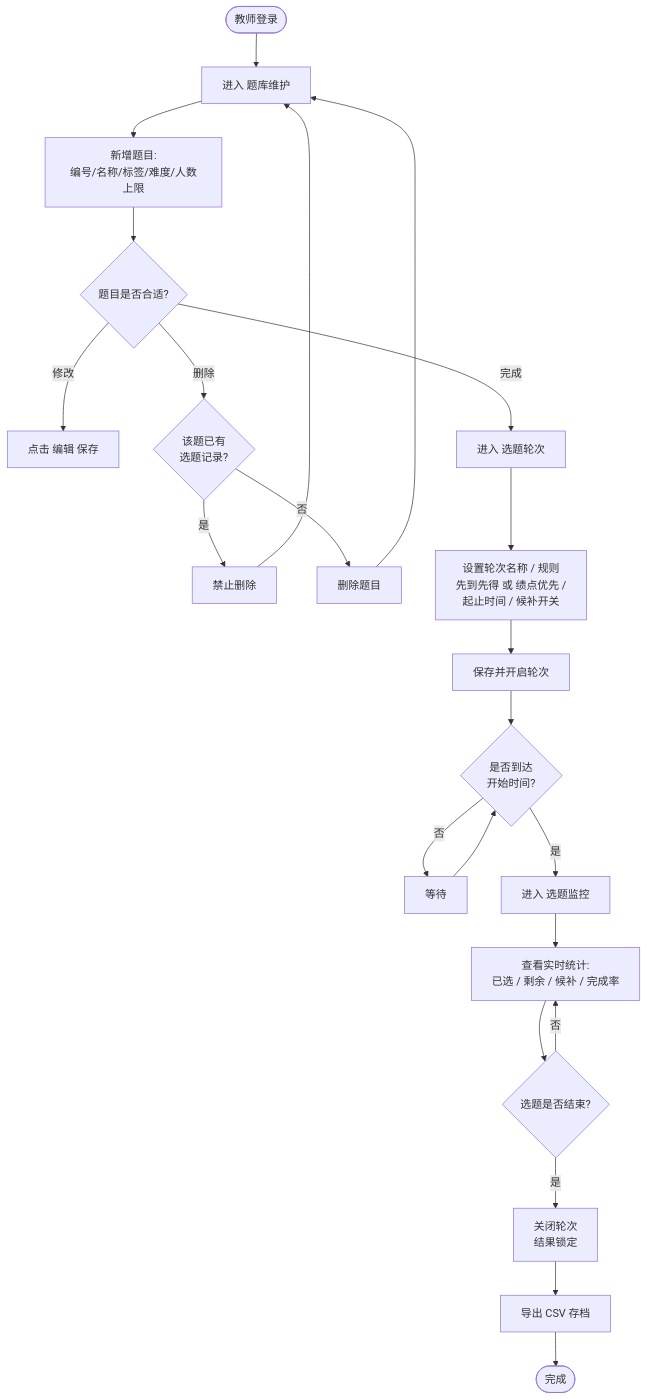
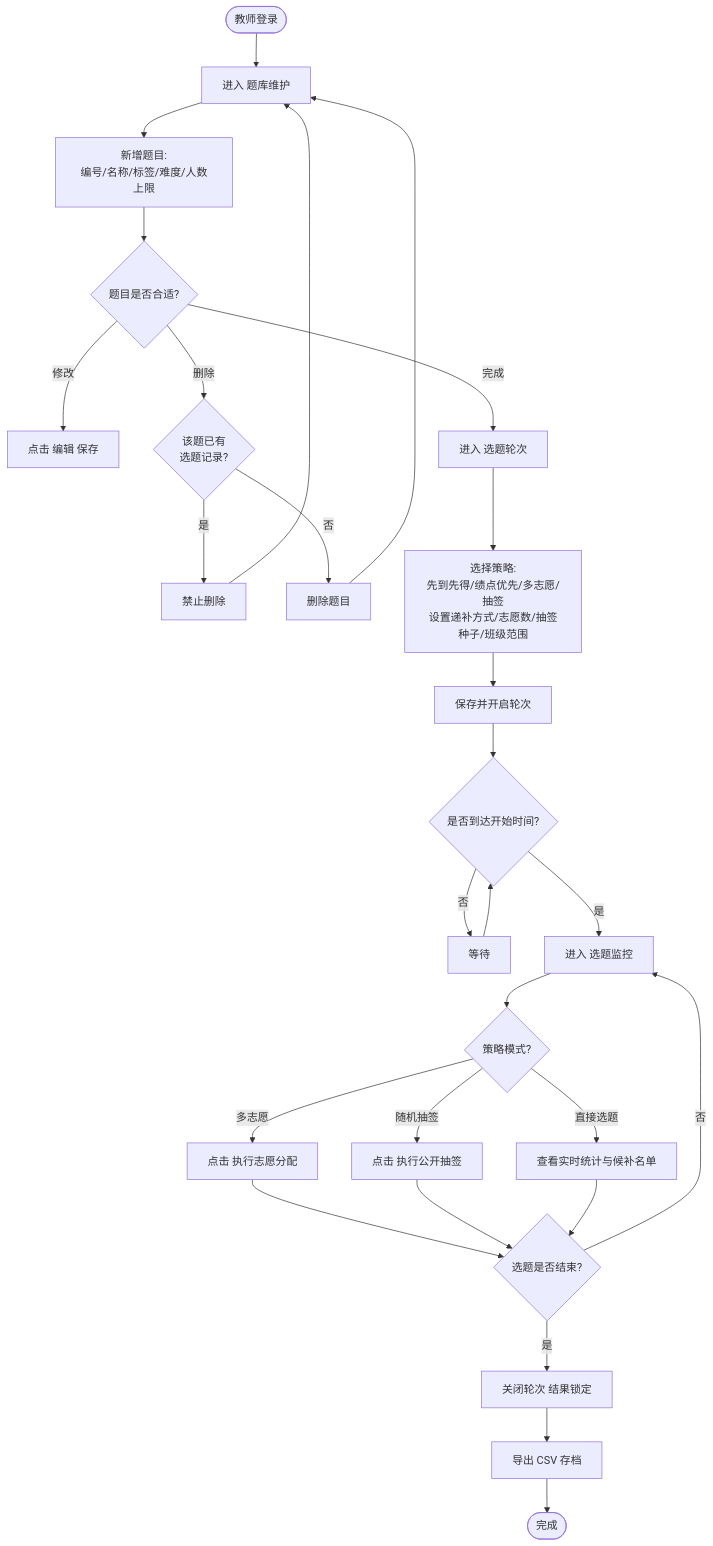
Before and after one commit to haixiaoyuntian/topicgo: the third of 5 diagrams in student-topic-system/wiki/06-使用流程.md, drawn with Mermaid. The commit also changed other lines of this file and 17 other files, not shown here.

````diff
--- a/student-topic-system/wiki/06-使用流程.md
+++ b/student-topic-system/wiki/06-使用流程.md
@@ -54,21 +73,26 @@
 ```mermaid
 flowchart TD
     T1([教师登录]) --> T2[进入 题库维护]
     T2 --> T3[新增题目:<br/>编号/名称/标签/难度/人数上限]
     T3 --> T4{题目是否合适?}
     T4 -- 修改 --> T5[点击 编辑 保存]
     T4 -- 删除 --> T6{该题已有<br/>选题记录?}
     T6 -- 是 --> T7[禁止删除] --> T2
     T6 -- 否 --> T8[删除题目] --> T2
     T4 -- 完成 --> T9[进入 选题轮次]
-    T9 --> T10[设置轮次名称 / 规则<br/>先到先得 或 绩点优先 /<br/>起止时间 / 候补开关]
+    T9 --> T10[选择策略:<br/>先到先得/绩点优先/多志愿/抽签<br/>设置递补方式/志愿数/抽签种子/班级范围]
     T10 --> T11[保存并开启轮次]
-    T11 --> T12{是否到达<br/>开始时间?}
+    T11 --> T12{是否到达开始时间?}
     T12 -- 否 --> T13[等待] --> T12
     T12 -- 是 --> T14[进入 选题监控]
-    T14 --> T15[查看实时统计:<br/>已选 / 剩余 / 候补 / 完成率]
-    T15 --> T16{选题是否结束?}
-    T16 -- 否 --> T15
-    T16 -- 是 --> T17[关闭轮次<br/>结果锁定]
+    T14 --> T15{策略模式?}
+    T15 -- 多志愿 --> A1[点击 执行志愿分配]
+    T15 -- 随机抽签 --> A2[点击 执行公开抽签]
+    T15 -- 直接选题 --> A3[查看实时统计与候补名单]
+    A1 --> T16{选题是否结束?}
+    A2 --> T16
+    A3 --> T16
+    T16 -- 否 --> T14
+    T16 -- 是 --> T17[关闭轮次 结果锁定]
     T17 --> T18[导出 CSV 存档] --> T19([完成])
 ```
````
